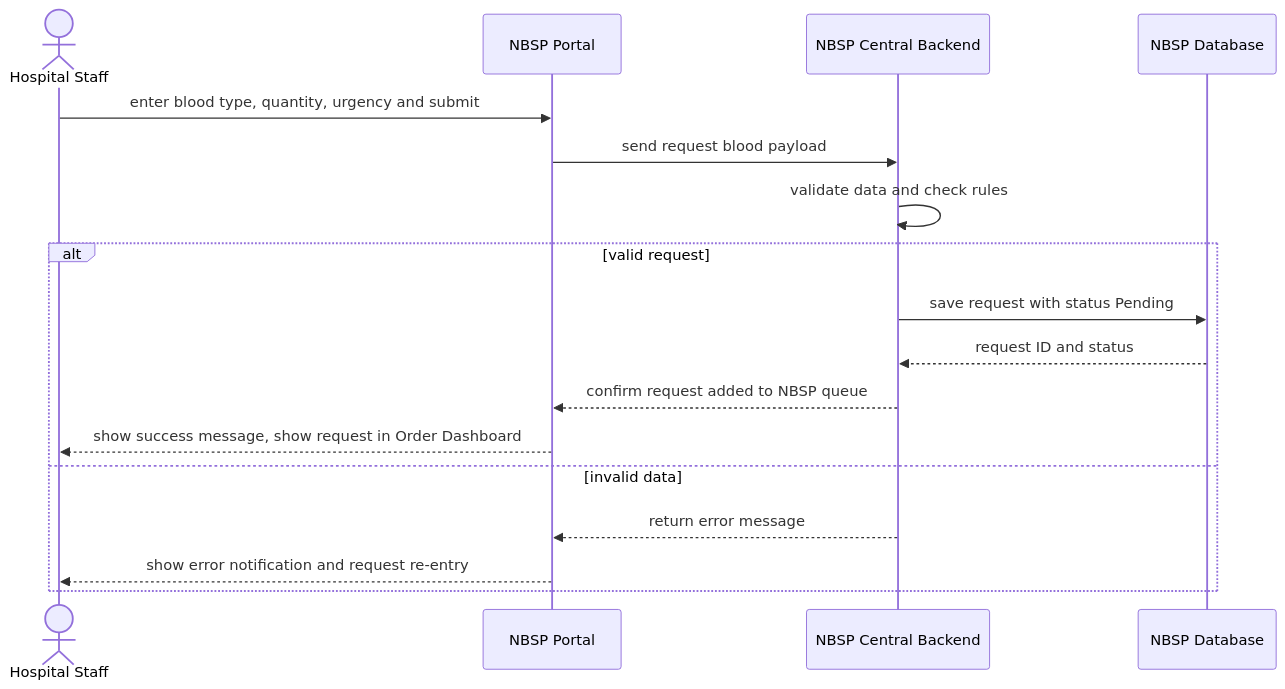
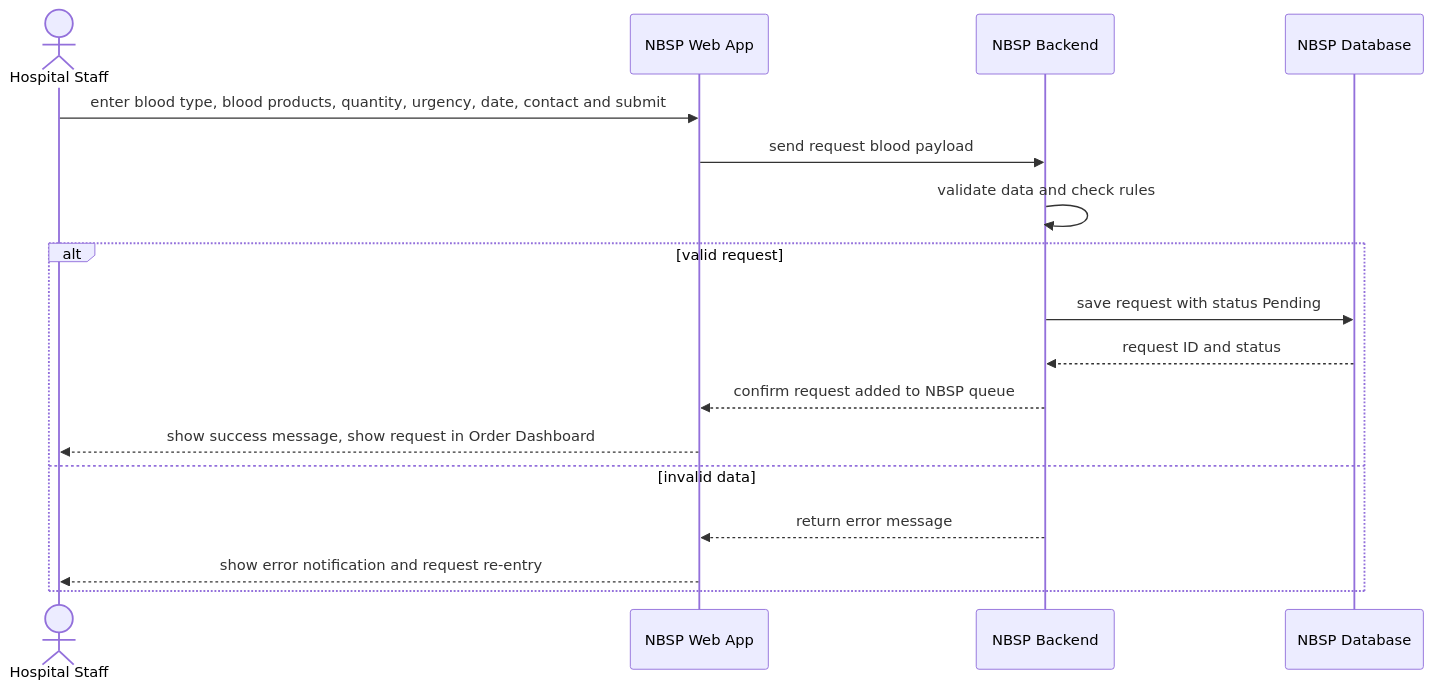
Before and after one commit to Nhan2772/DBIZ2-GROUPC-NationalBloodSupplyPlatform: the diagram in use-case/SD-UC-01.md, drawn with Mermaid.

Commit message:
Revise sequence diagram for blood request process
Updated the sequence diagram to reflect changes in the user input parameters and renamed participants for clarity.

````diff
--- a/use-case/SD-UC-01.md
+++ b/use-case/SD-UC-01.md
@@ -13,19 +13,19 @@
 ```mermaid
 sequenceDiagram
   actor H as Hospital Staff
-  participant P as NBSP Portal
-  participant B as NBSP Central Backend
+  participant P as NBSP Web App
+  participant B as NBSP Backend
   participant D as NBSP Database
-  H->>P: enter blood type, quantity, urgency and submit
+  H->>P: enter blood type, blood products, quantity, urgency, date, contact and submit
   P->>B: send request blood payload
   B->>B: validate data and check rules
   alt valid request
     B->>D: save request with status Pending
     D-->>B: request ID and status
     B-->>P: confirm request added to NBSP queue
     P-->>H: show success message, show request in Order Dashboard
   else invalid data
     B-->>P: return error message
     P-->>H: show error notification and request re-entry
   end
 ```
````
